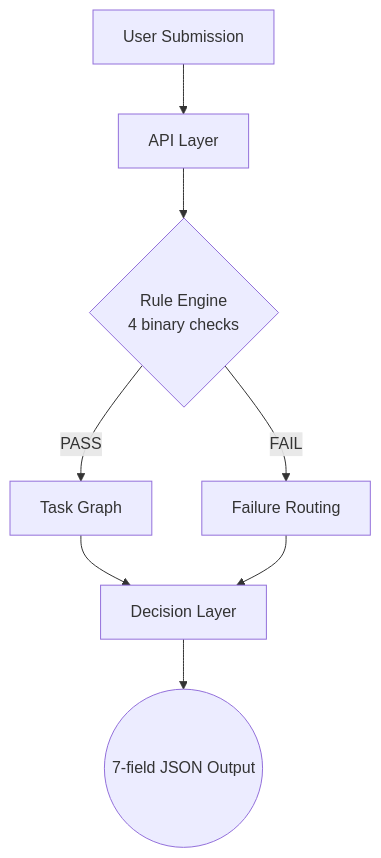
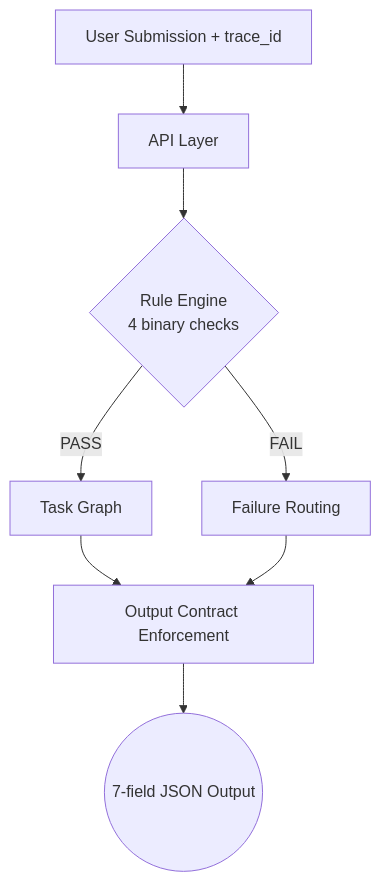
The diagram in README.md (blackholeinfiverse78-rgb/Task-Review-Agent-Full-Product-Evolution), drawn with Mermaid before and after one commit. The commit also changed other lines of this file and 8 other files, not shown here.

````diff
--- a/README.md
+++ b/README.md
@@ -34,10 +24,10 @@
 ```mermaid
 graph TD
-    A[User Submission] --> B[API Layer]
+    A[User Submission + trace_id] --> B[API Layer]
     B --> C{Rule Engine<br/>4 binary checks}
     C -- PASS --> D[Task Graph]
     C -- FAIL --> E[Failure Routing]
-    D --> F[Decision Layer]
+    D --> F[Output Contract Enforcement]
     E --> F
     F --> G((7-field JSON Output))
 ```
````
